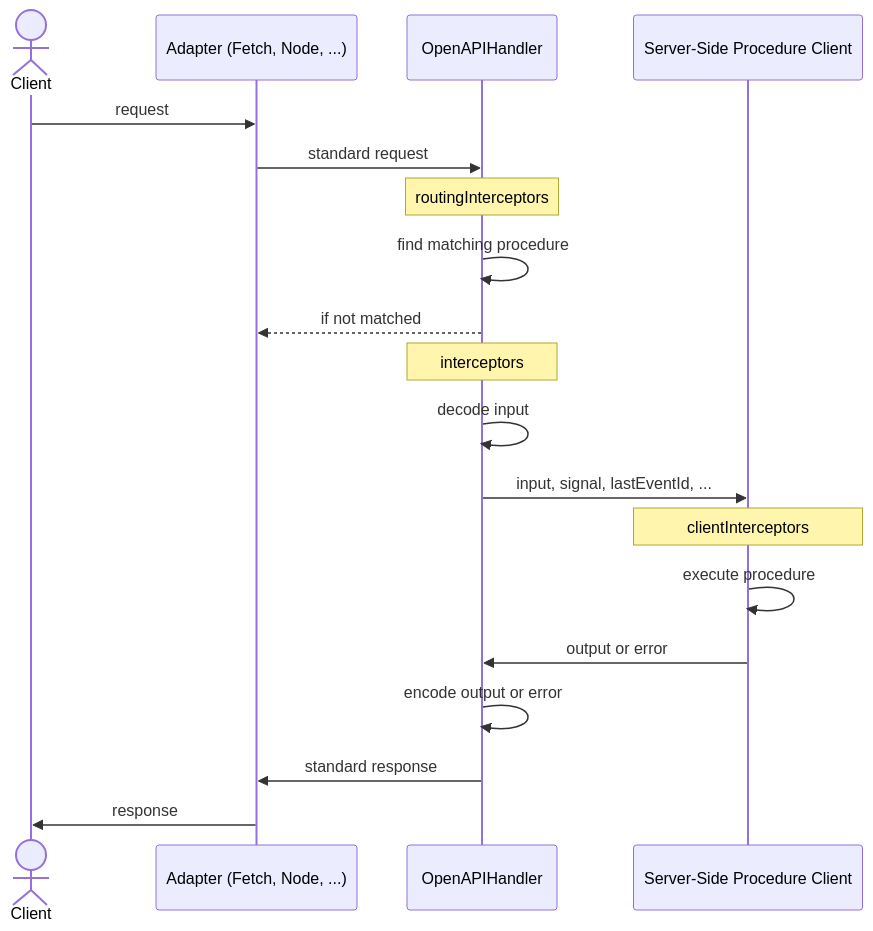
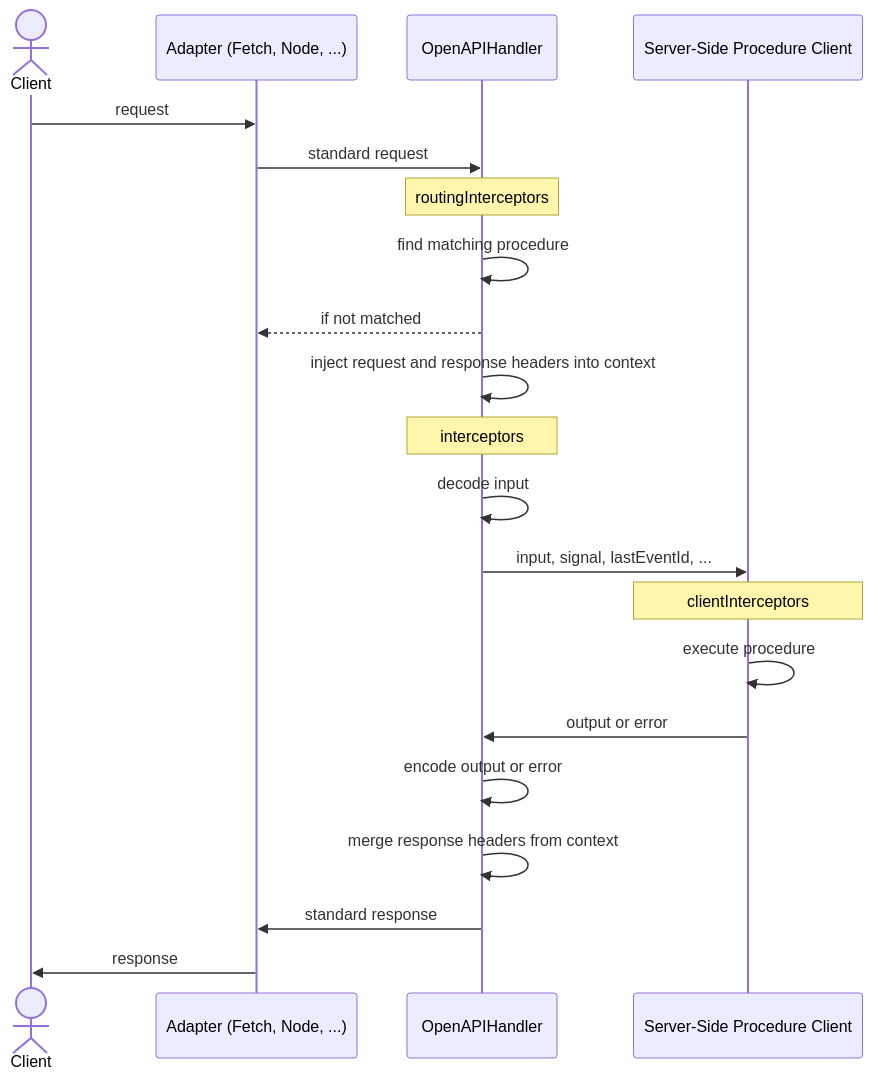
Before and after one commit to middleapi/orpc: the diagram in apps/content/docs/openapi/handler.mdx, drawn with Mermaid. The commit also changed 48 other files, not shown here.

````diff
--- a/apps/content/docs/openapi/handler.mdx
+++ b/apps/content/docs/openapi/handler.mdx
@@ -316,22 +316,24 @@
 ```mermaid
 sequenceDiagram
   actor Client
   participant Adapter as Adapter (Fetch, Node, ...)
   participant Handler as OpenAPIHandler
   participant Procedure as Server-Side Procedure Client
 
   Client ->> Adapter: request
   Adapter ->> Handler: standard request
   Note over Handler: routingInterceptors
   Handler ->> Handler: find matching procedure
   Handler -->> Adapter: if not matched
+  Handler ->> Handler: inject request and response headers into context
   Note over Handler: interceptors
   Handler ->> Handler: decode input
   Handler ->> Procedure: input, signal, lastEventId, ...
   Note over Procedure: clientInterceptors
   Procedure ->> Procedure: execute procedure
   Procedure ->> Handler: output or error
   Handler ->> Handler: encode output or error
+  Handler ->> Handler: merge response headers from context
   Handler ->> Adapter: standard response
   Adapter ->> Client: response
 ```
````
